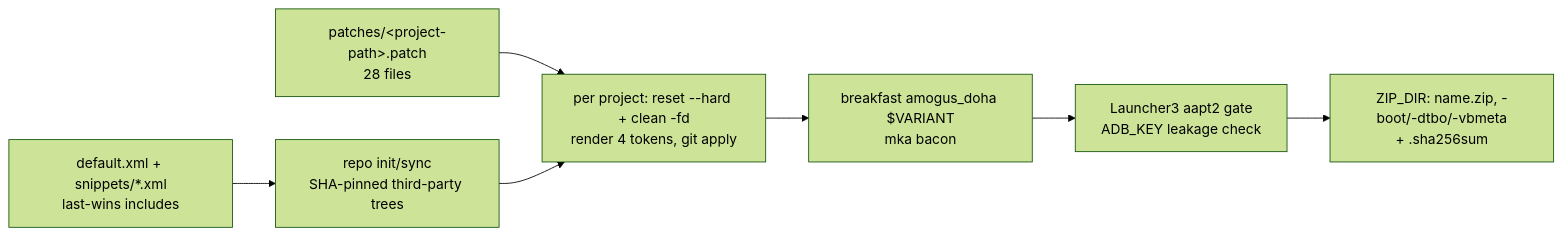
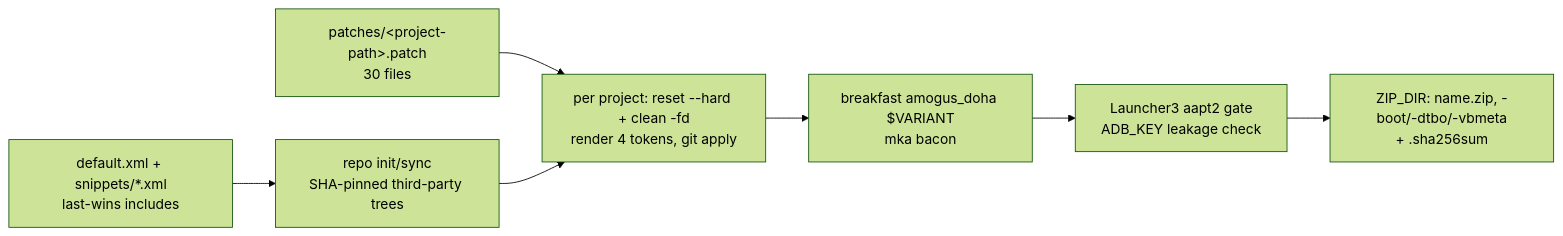
One commit to ishwar-chandra/amogus_doha_custom_rom changed the diagram in AGENTS.md. Above: the diagram before and after it, drawn with Mermaid (forest theme). The commit also changed other lines of this file and 5 other files, not shown here.

````diff
--- a/AGENTS.md
+++ b/AGENTS.md
@@ -24,9 +24,9 @@
 ```mermaid
 flowchart LR
   M["default.xml + snippets/*.xml<br/>last-wins includes"] --> R["repo init/sync<br/>SHA-pinned third-party trees"]
-  P["patches/&lt;project-path&gt;.patch<br/>28 files"] --> A["per project: reset --hard + clean -fd<br/>render 4 tokens, git apply"]
+  P["patches/&lt;project-path&gt;.patch<br/>30 files"] --> A["per project: reset --hard + clean -fd<br/>render 4 tokens, git apply"]
   R --> A
   A --> B["breakfast amogus_doha $VARIANT<br/>mka bacon"]
   B --> G["Launcher3 aapt2 gate<br/>ADB_KEY leakage check"]
   G --> Z["ZIP_DIR: name.zip, -boot/-dtbo/-vbmeta<br/>+ .sha256sum"]
 ```
````
